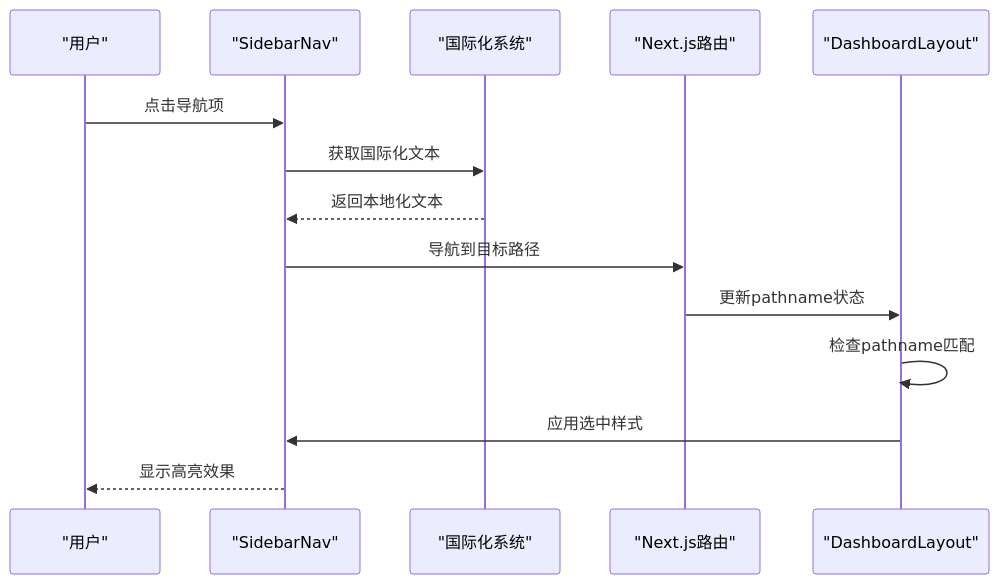
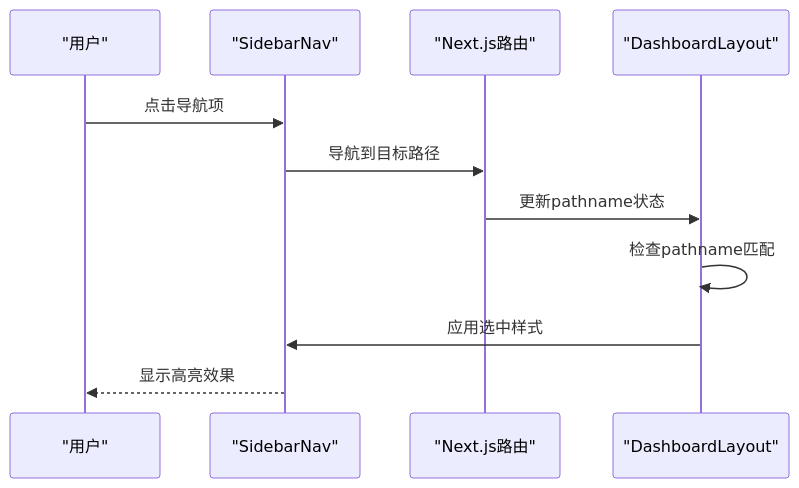
One commit to RadiumAg/AIGate changed the sixth of 20 diagrams in .qoder/repowiki/zh/content/前端组件/仪表板布局.md. Above: the diagram before and after it, drawn with Mermaid. The commit also changed other lines of this file and 21 other files, not shown here.

````diff
--- a/.qoder/repowiki/zh/content/前端组件/仪表板布局.md
+++ b/.qoder/repowiki/zh/content/前端组件/仪表板布局.md
@@ -374,16 +382,13 @@
 ```mermaid
 sequenceDiagram
 participant User as "用户"
 participant Nav as "SidebarNav"
-participant I18n as "国际化系统"
 participant Router as "Next.js路由"
 participant Layout as "DashboardLayout"
 User->>Nav : 点击导航项
-Nav->>I18n : 获取国际化文本
-I18n-->>Nav : 返回本地化文本
 Nav->>Router : 导航到目标路径
 Router->>Layout : 更新pathname状态
 Layout->>Layout : 检查pathname匹配
 Layout->>Nav : 应用选中样式
 Nav-->>User : 显示高亮效果
 ```
````
